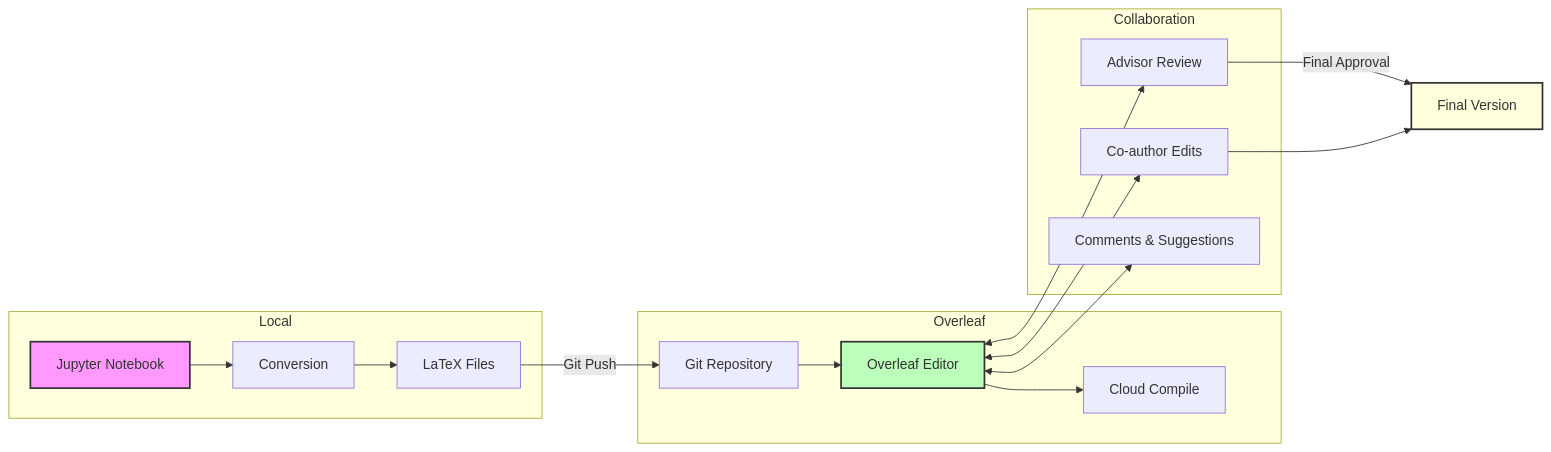
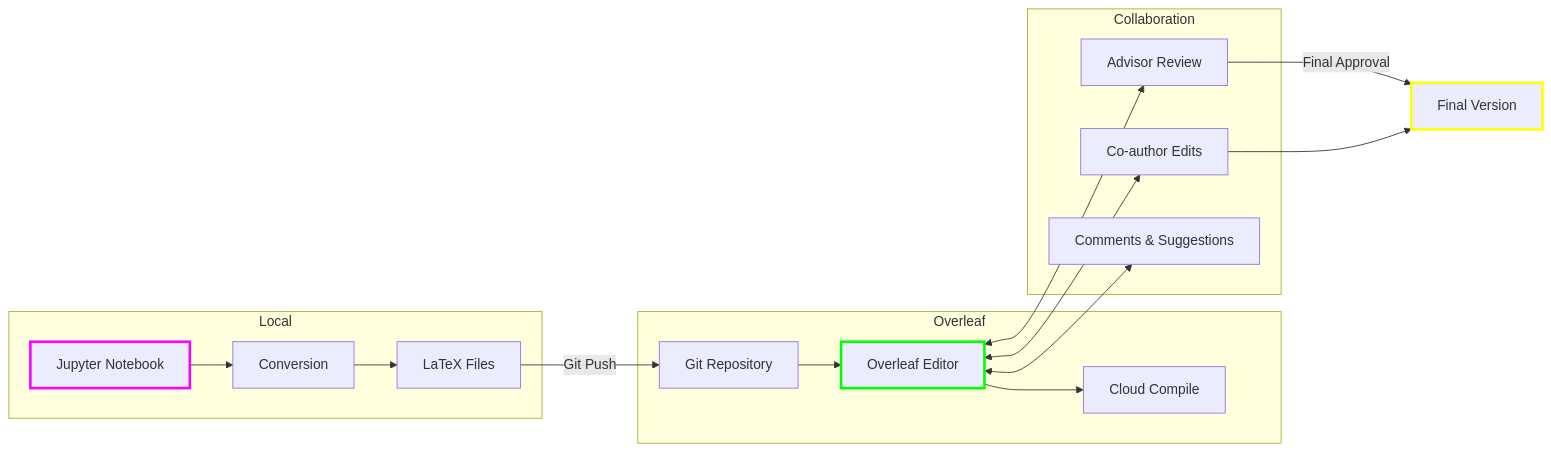
One commit to Ziforge/jupyter-overleaf-workflow changed the fourth of 10 diagrams in docs/DIAGRAMS.md. Above: the diagram before and after it, drawn with Mermaid. The commit also changed other lines of this file and 1 other file, not shown here.

First line of the commit message:
Update Mermaid diagrams to use colored borders only

````diff
--- a/docs/DIAGRAMS.md
+++ b/docs/DIAGRAMS.md
@@ -104,37 +104,37 @@
 ```mermaid
 flowchart LR
     subgraph Local
         Notebook[Jupyter Notebook]
         Convert[Conversion]
         LaTeX[LaTeX Files]
     end
 
     subgraph Overleaf
         Git[Git Repository]
         OLEditor[Overleaf Editor]
         Compile[Cloud Compile]
     end
 
     subgraph Collaboration
         Advisor[Advisor Review]
         CoAuthor[Co-author Edits]
         Comments[Comments & Suggestions]
     end
 
     Notebook --> Convert
     Convert --> LaTeX
     LaTeX --> |Git Push| Git
     Git --> OLEditor
     OLEditor --> Compile
 
     OLEditor <--> Advisor
     OLEditor <--> CoAuthor
     OLEditor <--> Comments
 
     Advisor --> |Final Approval| Final[Final Version]
     CoAuthor --> Final
 
-    style Notebook fill:#f9f,stroke:#333,stroke-width:2px
-    style OLEditor fill:#bfb,stroke:#333,stroke-width:2px
-    style Final fill:#ffd,stroke:#333,stroke-width:2px
+    style Notebook stroke:#f0f,stroke-width:3px
+    style OLEditor stroke:#0f0,stroke-width:3px
+    style Final stroke:#ff0,stroke-width:3px
 ```
````
